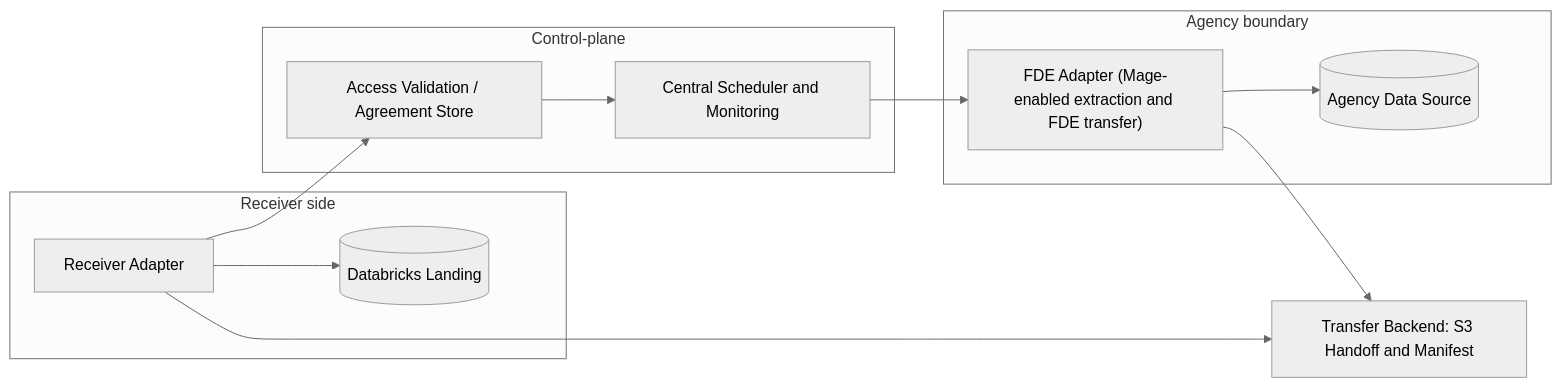
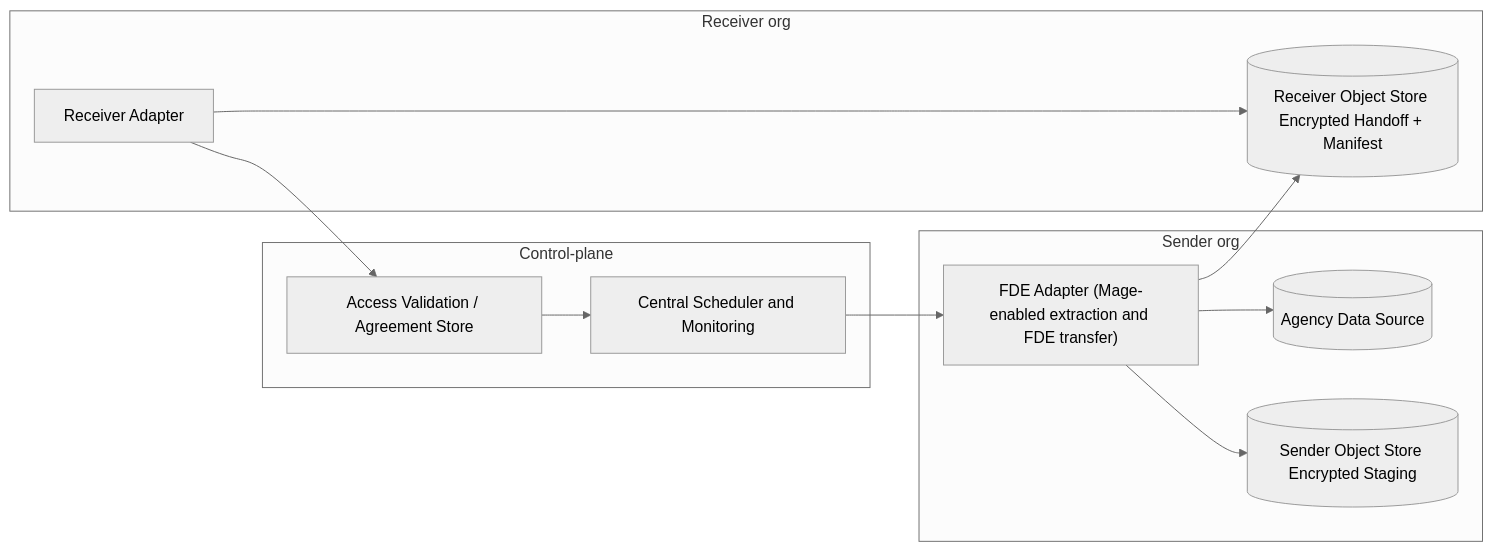
The fourth of 8 diagrams in docs/adr/0001-fde-architecture-diagrams.md (GSA-TTS/TTSE-Redwood), drawn with Mermaid (neutral theme) before and after one commit. The commit also changed other lines of this file and 1 other file, not shown here.

First line of the commit message:
adr: simplify zero-trust transfer diagrams and align v0.02 text

````diff
--- a/docs/adr/0001-fde-architecture-diagrams.md
+++ b/docs/adr/0001-fde-architecture-diagrams.md
@@ -95,27 +108,26 @@
 ```mermaid
 flowchart LR
   subgraph ControlPlane[Control-plane]
     AV3[Access Validation / Agreement Store]
     CP3["Central Scheduler and Monitoring"]
   end
 
-  subgraph AgencyBoundary[Agency boundary]
+  subgraph AgencyBoundary[Sender org]
     A3["FDE Adapter (Mage-enabled extraction and FDE transfer)"]
     SRC3[(Agency Data Source)]
+    SOS3[(Sender Object Store Encrypted Staging)]
   end
 
-  subgraph ReceiverSide[Receiver side]
+  subgraph ReceiverSide[Receiver org]
     R3[Receiver Adapter]
-    DBX3[(Databricks Landing)]
+    ROS3[(Receiver Object Store Encrypted Handoff + Manifest)]
   end
-
-  T3["Transfer Backend: S3 Handoff and Manifest"]
 
   R3 --> AV3
   AV3 --> CP3
   CP3 --> A3
   A3 --> SRC3
-  A3 --> T3
-  R3 --> T3
-  R3 --> DBX3
+  A3 --> SOS3
+  A3 --> ROS3
+  R3 --> ROS3
 ```
````
